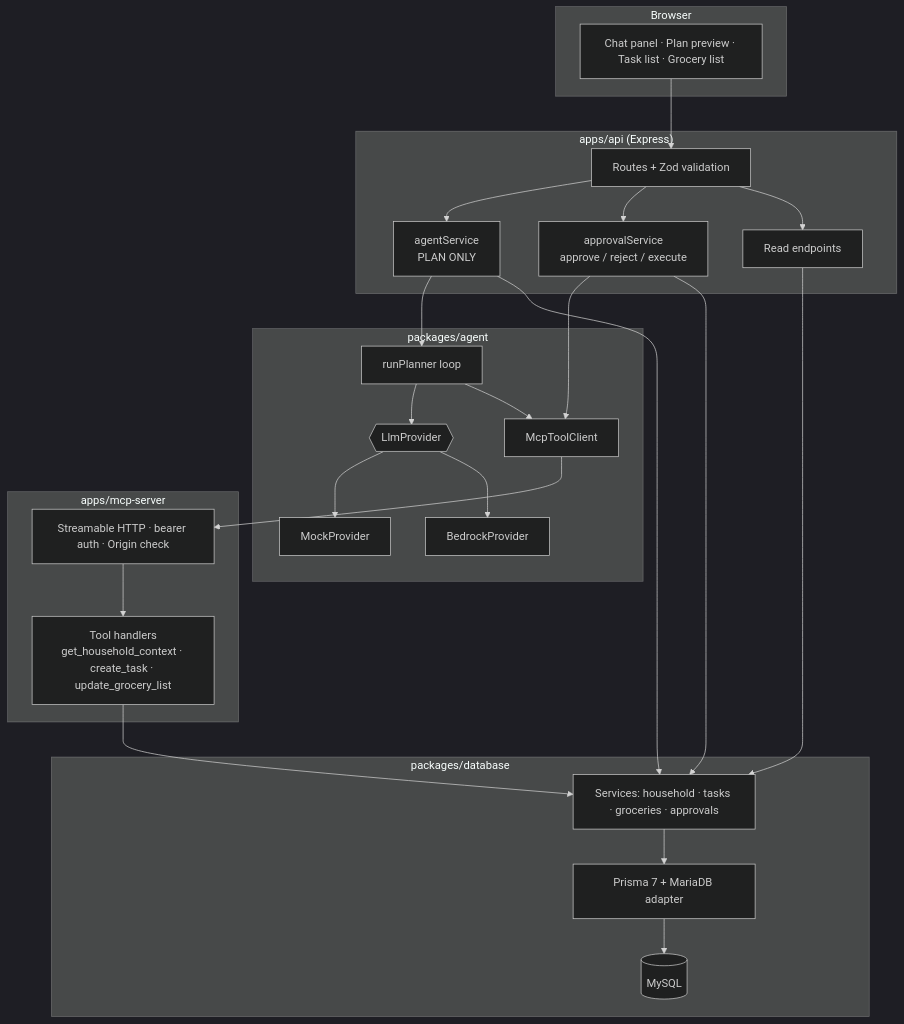
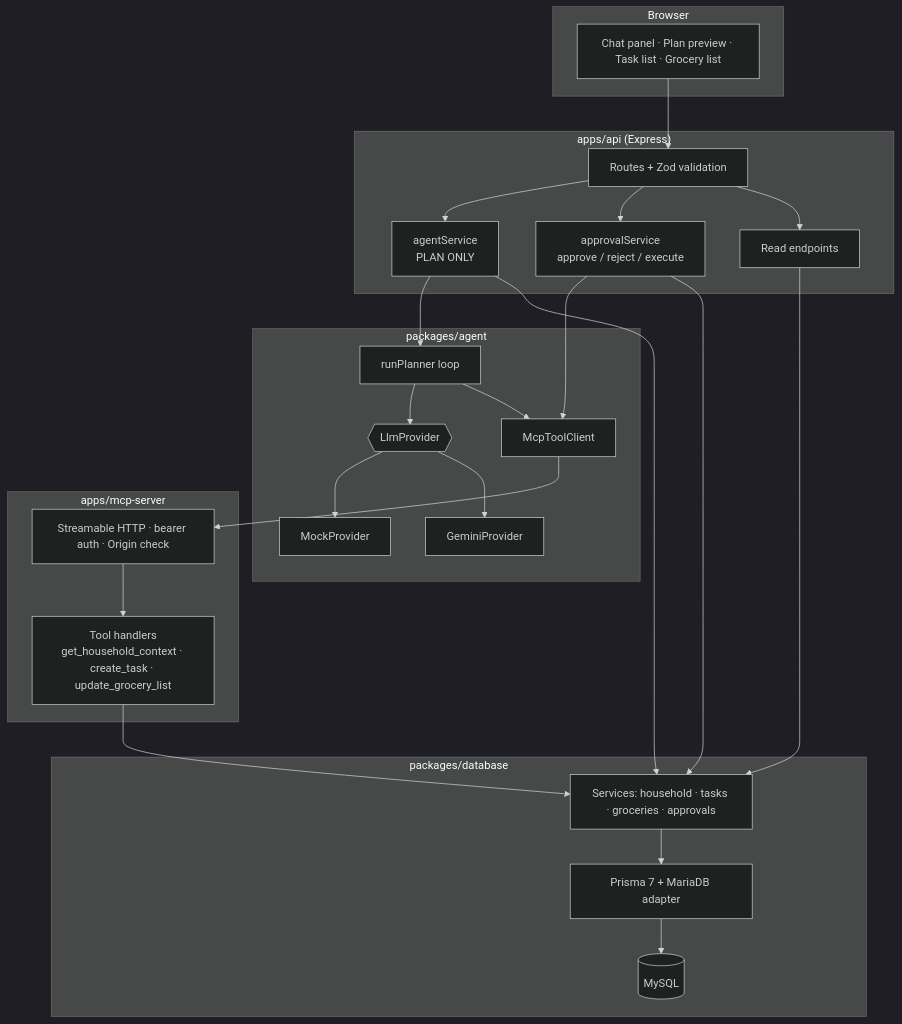
Before and after one commit to Thatcoderboy01/homeflow-ai: the second of 4 diagrams in docs/ARCHITECTURE.md, drawn with Mermaid (dark theme). The commit also changed other lines of this file and 122 other files, not shown here.

````diff
--- a/docs/ARCHITECTURE.md
+++ b/docs/ARCHITECTURE.md
@@ -22,32 +22,32 @@
 ```mermaid
 flowchart TB
   subgraph Browser
     ui[Chat panel · Plan preview · Task list · Grocery list]
   end
   subgraph API["apps/api (Express)"]
     routes[Routes + Zod validation] --> agentSvc[agentService<br/>PLAN ONLY]
     routes --> apprSvc[approvalService<br/>approve / reject / execute]
     routes --> reads[Read endpoints]
   end
   subgraph Agent["packages/agent"]
     planner[runPlanner loop] --> provider{{LlmProvider}}
     provider --> mock[MockProvider]
-    provider --> bedrock[BedrockProvider]
+    provider --> gemini[GeminiProvider]
     mcpClient[McpToolClient]
   end
   subgraph MCP["apps/mcp-server"]
     http[Streamable HTTP · bearer auth · Origin check] --> tools[Tool handlers<br/>get_household_context · create_task · update_grocery_list]
   end
   subgraph DB["packages/database"]
     svc[Services: household · tasks · groceries · approvals] --> prisma[Prisma 7 + MariaDB adapter] --> mysql[(MySQL)]
   end
   ui --> routes
   agentSvc --> planner
   planner --> mcpClient
   apprSvc --> mcpClient
   mcpClient --> http
   tools --> svc
   reads --> svc
   agentSvc --> svc
   apprSvc --> svc
 ```
````
